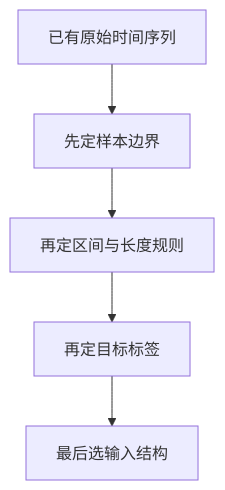
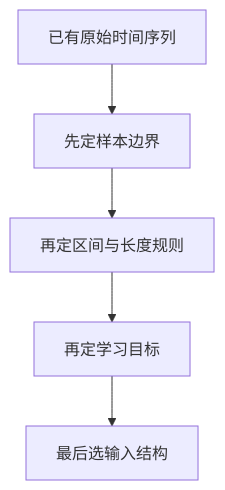
Before and after one commit to devchan64/AiBook: the diagram in docs/assets/part-03/chapter-05/p3-5-3-mermaid-01-zh.mmd, drawn with Mermaid. The commit also changed 166 other files, not shown here.

````diff
--- a/docs/assets/part-03/chapter-05/p3-5-3-mermaid-01-zh.mmd
+++ b/docs/assets/part-03/chapter-05/p3-5-3-mermaid-01-zh.mmd
@@ -1,10 +1,10 @@
 ```mermaid
 flowchart TD
     R[已有原始时间序列]
     S[先定样本边界]
     G[再定区间与长度规则]
-    L[再定目标标签]
+    L[再定学习目标]
     I[最后选输入结构]
 
     R --> S --> G --> L --> I
 ```
````
